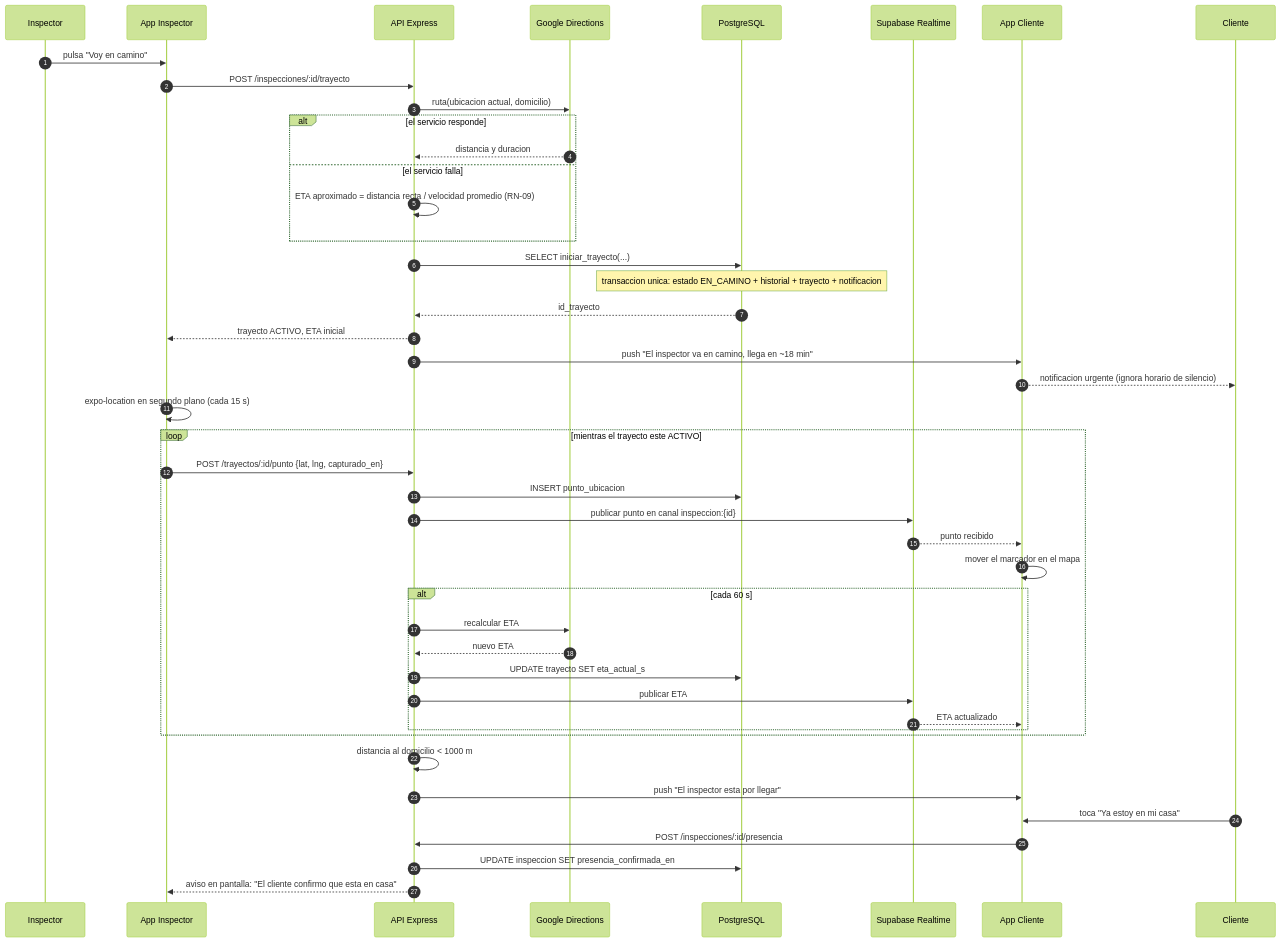
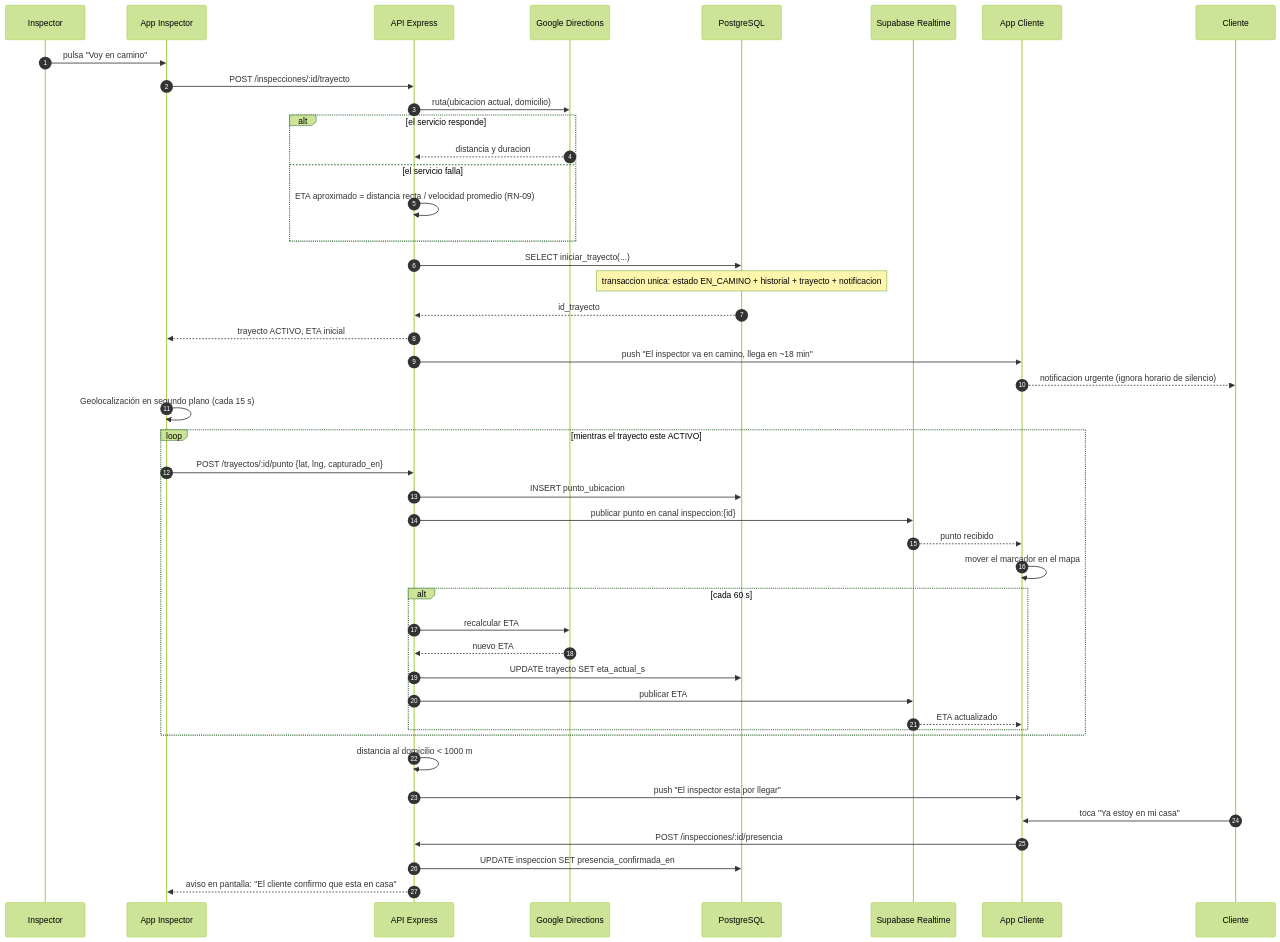
Before and after one commit to Marco324/agaveRoofing: the sixth of 14 diagrams in docs/04_Diagramas_UML.md, drawn with Mermaid (forest theme). The commit also changed other lines of this file and 327 other files, not shown here.

````diff
--- a/docs/04_Diagramas_UML.md
+++ b/docs/04_Diagramas_UML.md
@@ -527,50 +527,50 @@
 ```mermaid
 sequenceDiagram
     autonumber
     participant I as Inspector
     participant AI as App Inspector
     participant API as API Express
     participant GM as Google Directions
     participant BD as PostgreSQL
     participant RT as Supabase Realtime
     participant AC as App Cliente
     participant C as Cliente
 
     I->>AI: pulsa "Voy en camino"
     AI->>API: POST /inspecciones/:id/trayecto
     API->>GM: ruta(ubicacion actual, domicilio)
     alt el servicio responde
         GM-->>API: distancia y duracion
     else el servicio falla
         API->>API: ETA aproximado = distancia recta / velocidad promedio (RN-09)
     end
     API->>BD: SELECT iniciar_trayecto(...)
     Note over BD: transaccion unica: estado EN_CAMINO + historial + trayecto + notificacion
     BD-->>API: id_trayecto
     API-->>AI: trayecto ACTIVO, ETA inicial
     API->>AC: push "El inspector va en camino, llega en ~18 min"
     AC-->>C: notificacion urgente (ignora horario de silencio)
 
-    AI->>AI: expo-location en segundo plano (cada 15 s)
+    AI->>AI: Geolocalización en segundo plano (cada 15 s)
     loop mientras el trayecto este ACTIVO
         AI->>API: POST /trayectos/:id/punto {lat, lng, capturado_en}
         API->>BD: INSERT punto_ubicacion
         API->>RT: publicar punto en canal inspeccion:{id}
         RT-->>AC: punto recibido
         AC->>AC: mover el marcador en el mapa
         alt cada 60 s
             API->>GM: recalcular ETA
             GM-->>API: nuevo ETA
             API->>BD: UPDATE trayecto SET eta_actual_s
             API->>RT: publicar ETA
             RT-->>AC: ETA actualizado
         end
     end
 
     API->>API: distancia al domicilio < 1000 m
     API->>AC: push "El inspector esta por llegar"
     C->>AC: toca "Ya estoy en mi casa"
     AC->>API: POST /inspecciones/:id/presencia
     API->>BD: UPDATE inspeccion SET presencia_confirmada_en
     API-->>AI: aviso en pantalla: "El cliente confirmo que esta en casa"
 ```
````
